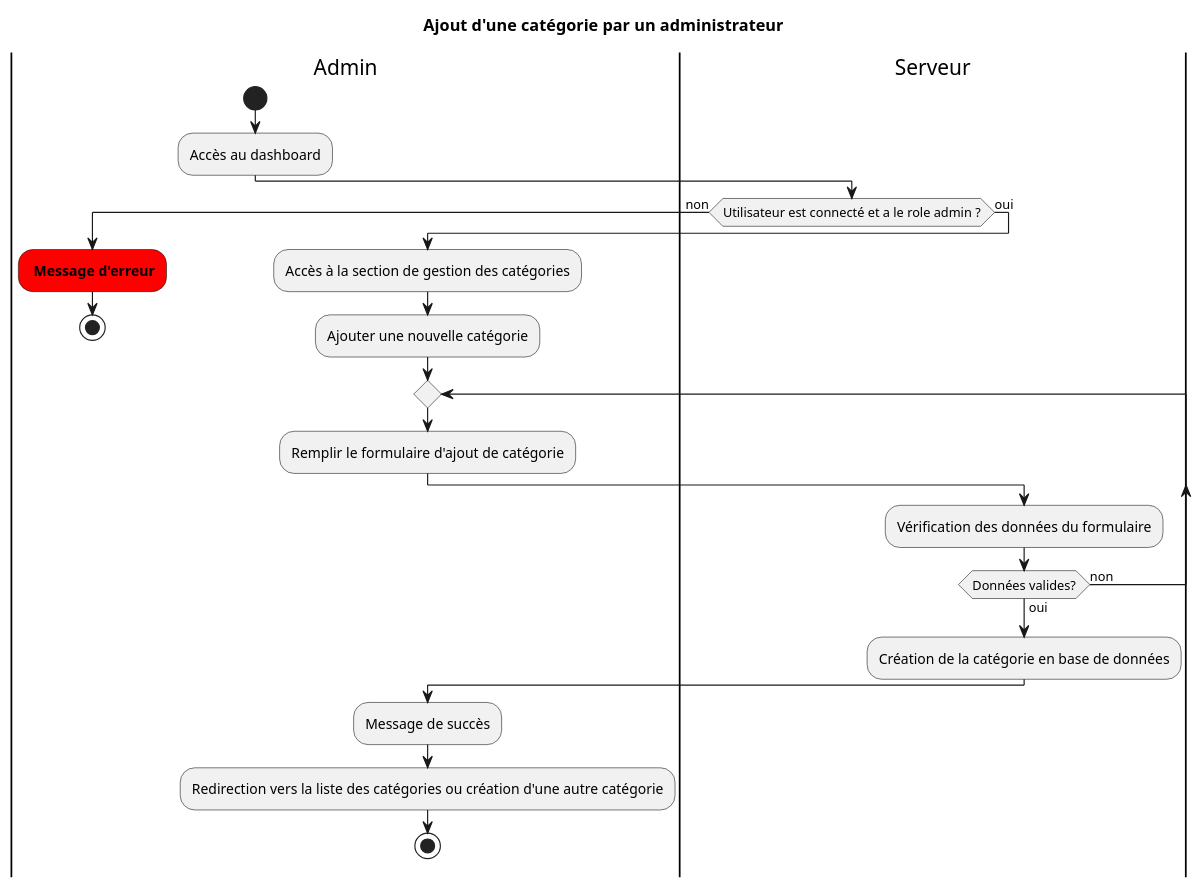
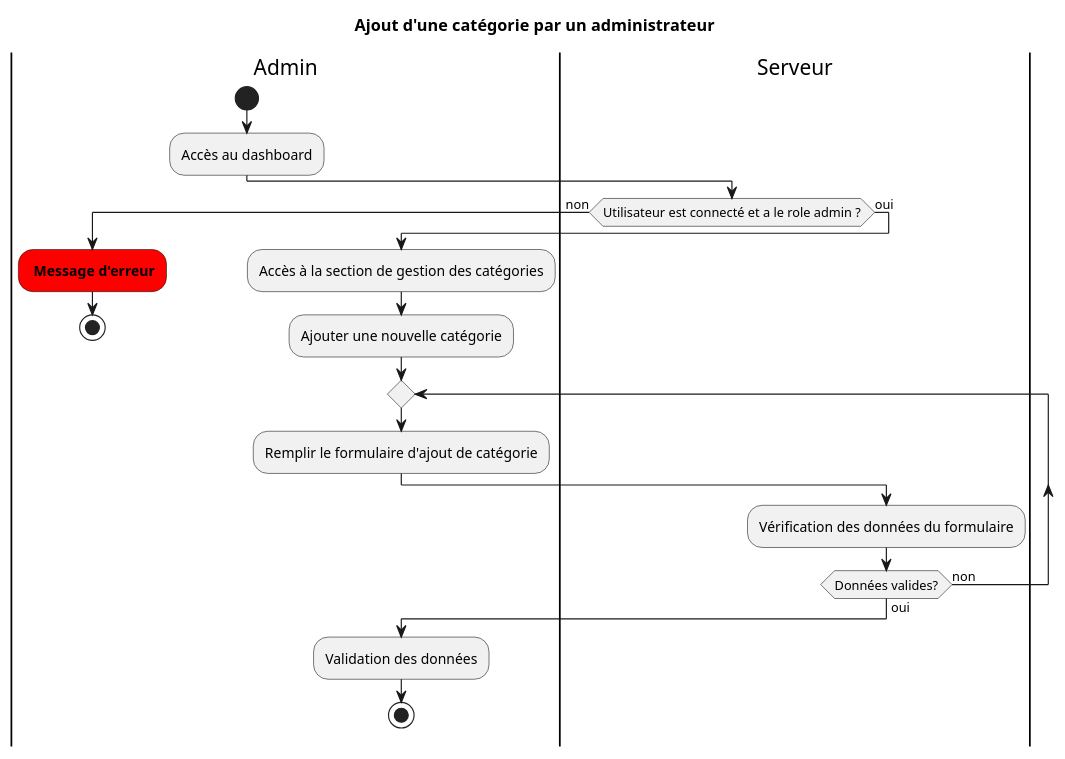
One commit to fledgless/PFI-HDF changed the diagram in public/conception/diagrammes/activite/AdminAddCategorie.puml. Above: the diagram before and after it, drawn with PlantUML. The commit also changed 14 other files, not shown here.

Commit message:
ajout des diagrammes d'activité de lecture et de modification d'objet

```diff
--- a/public/conception/diagrammes/activite/AdminAddCategorie.puml
+++ b/public/conception/diagrammes/activite/AdminAddCategorie.puml
@@ -1,26 +1,25 @@
 @startuml AdminAddCategorie
 title Ajout d'une catégorie par un administrateur
+
 |Admin|
 start
 :Accès au dashboard;
 |Serveur|
 if (Utilisateur est connecté et a le role admin ?) then (non)
   |Admin|
   #red: **Message d'erreur**;
   stop
 else (oui)
   |Admin|
   :Accès à la section de gestion des catégories;
   :Ajouter une nouvelle catégorie;
   repeat
   :Remplir le formulaire d'ajout de catégorie;
   |Serveur|
   :Vérification des données du formulaire;
   repeat while (Données valides?) is (non) not (oui)
-    :Création de la catégorie en base de données;
     |Admin|
-    :Message de succès;
-    :Redirection vers la liste des catégories ou création d'une autre catégorie;
+    :Validation des données;
     stop
   endif
 @enduml
```
